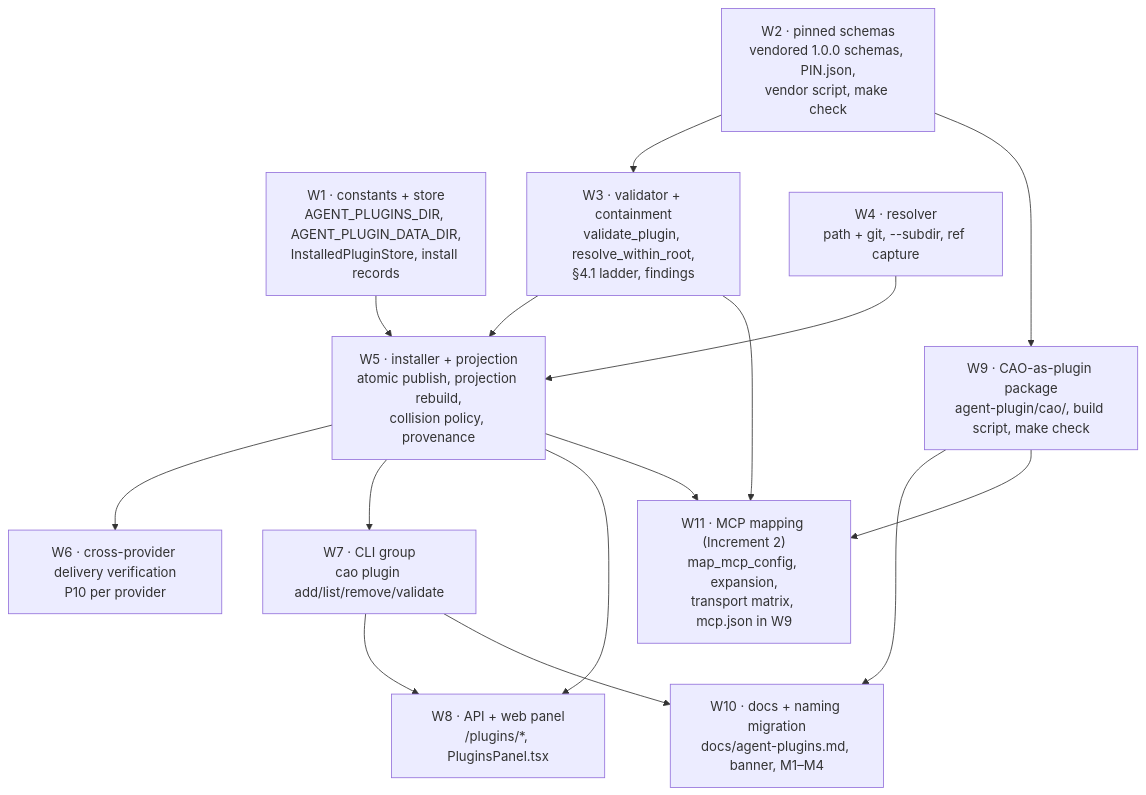
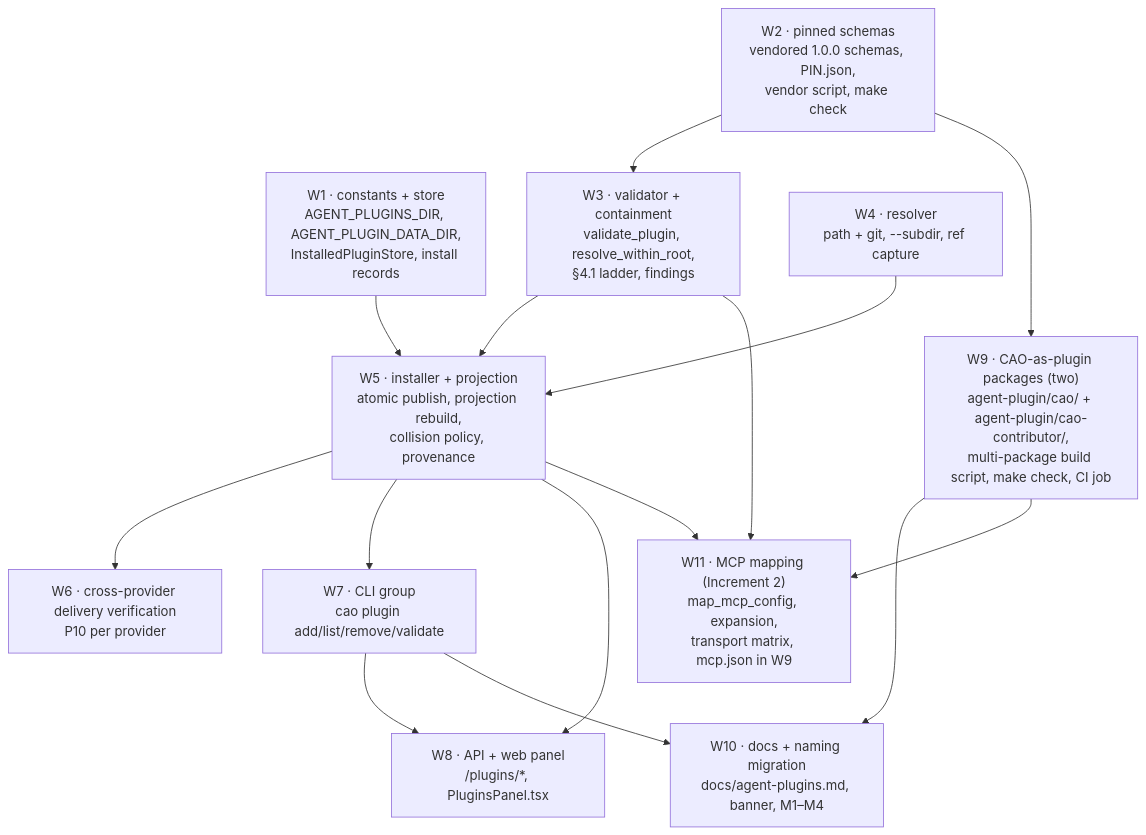
One commit to plauzy/cli-agent-orchestrator changed the fifth of 5 diagrams in .kiro/specs/cao-agent-plugins/design.md. Above: the diagram before and after it, drawn with Mermaid. The commit also changed other lines of this file, not shown here.

First line of the commit message:
docs(spec): align cao-agent-plugins design with issue #573

````diff
--- a/.kiro/specs/cao-agent-plugins/design.md
+++ b/.kiro/specs/cao-agent-plugins/design.md
@@ -764,29 +956,29 @@
 ```mermaid
 graph TD
     W1["W1 · constants + store<br/>AGENT_PLUGINS_DIR, AGENT_PLUGIN_DATA_DIR,<br/>InstalledPluginStore, install records"]
     W2["W2 · pinned schemas<br/>vendored 1.0.0 schemas, PIN.json,<br/>vendor script, make check"]
     W3["W3 · validator + containment<br/>validate_plugin, resolve_within_root,<br/>§4.1 ladder, findings"]
     W4["W4 · resolver<br/>path + git, --subdir, ref capture"]
     W5["W5 · installer + projection<br/>atomic publish, projection rebuild,<br/>collision policy, provenance"]
     W6["W6 · cross-provider delivery verification<br/>P10 per provider"]
     W7["W7 · CLI group<br/>cao plugin add/list/remove/validate"]
     W8["W8 · API + web panel<br/>/plugins/*, PluginsPanel.tsx"]
-    W9["W9 · CAO-as-plugin package<br/>agent-plugin/cao/, build script, make check"]
+    W9["W9 · CAO-as-plugin packages (two)<br/>agent-plugin/cao/ + agent-plugin/cao-contributor/,<br/>multi-package build script, make check, CI job"]
     W10["W10 · docs + naming migration<br/>docs/agent-plugins.md, banner, M1–M4"]
     W11["W11 · MCP mapping (Increment 2)<br/>map_mcp_config, expansion,<br/>transport matrix, mcp.json in W9"]
 
     W2 --> W3
     W1 --> W5
     W3 --> W5
     W4 --> W5
     W5 --> W6
     W5 --> W7
     W5 --> W8
     W7 --> W8
     W2 --> W9
     W7 --> W10
     W9 --> W10
     W3 --> W11
     W5 --> W11
     W9 --> W11
 ```
````
